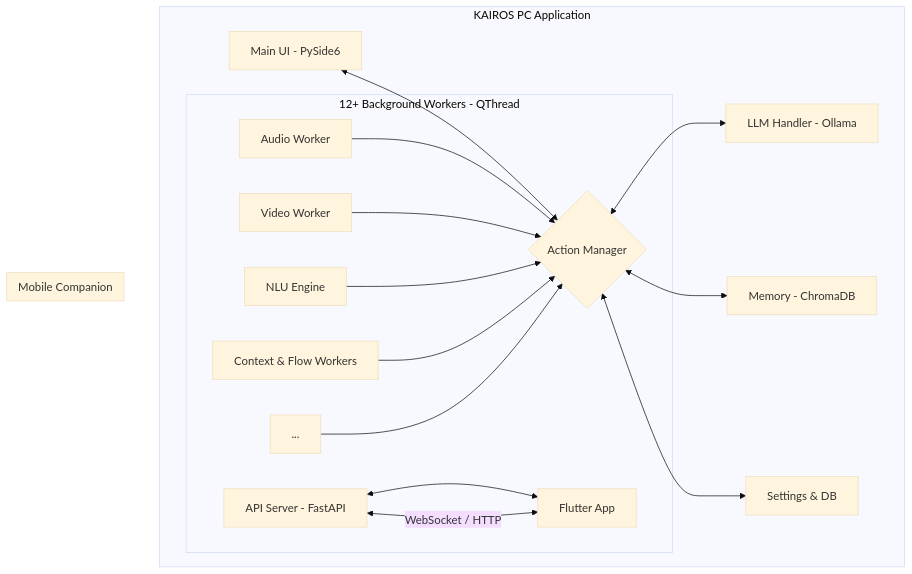
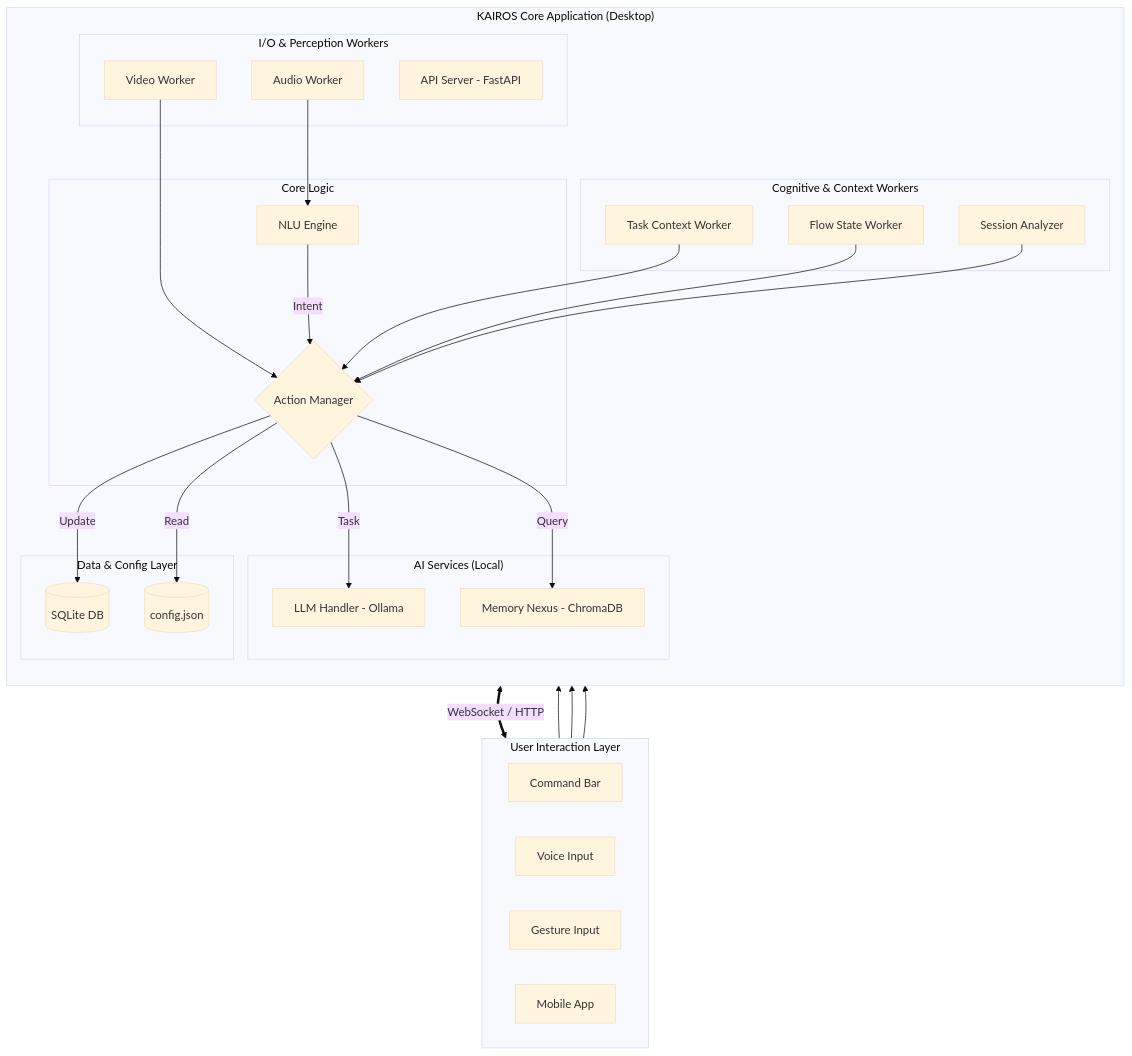
One commit to Pranav20Agrawal/kairos_project changed the diagram in README.md. Above: the diagram before and after it, drawn with Mermaid (base theme).

````diff
--- a/README.md
+++ b/README.md
@@ -53,25 +53,61 @@
 ```mermaid
 graph TD
-    subgraph KAIROS PC Application
-        A[Main UI - PySide6] <--> B{Action Manager};
+    subgraph "User Interaction Layer"
+        direction LR
+        UI_TEXT[Command Bar]
+        UI_VOICE[Voice Input]
+        UI_GESTURE[Gesture Input]
+        UI_MOBILE[Mobile App]
+    end
 
-        subgraph Workers [12+ Background Workers - QThread]
-            W1[Audio Worker] --> B;
-            W2[Video Worker] --> B;
-            W3[API Server - FastAPI] <--> M;
-            W4[NLU Engine] --> B;
-            W5[Context & Flow Workers] --> B;
-            W6[...] --> B;
+    subgraph "KAIROS Core Application (Desktop)"
+        direction TB
+        
+        subgraph "I/O & Perception Workers"
+            AUDIO[Audio Worker]
+            VIDEO[Video Worker]
+            API[API Server - FastAPI]
         end
 
-        B <--> C[LLM Handler - Ollama];
-        B <--> D[Memory - ChromaDB];
-        B <--> E[Settings & DB];
+        subgraph "Cognitive & Context Workers"
+            CONTEXT[Task Context Worker]
+            FLOW[Flow State Worker]
+            SESSION[Session Analyzer]
+        end
+
+        subgraph "Core Logic"
+            AM{Action Manager}
+            NLU[NLU Engine]
+        end
+
+        subgraph "AI Services (Local)"
+            LLM[LLM Handler - Ollama]
+            MEMORY[Memory Nexus - ChromaDB]
+        end
+        
+        subgraph "Data & Config Layer"
+            DB[(SQLite DB)]
+            CONFIG[(config.json)]
+        end
     end
 
-    subgraph Mobile Companion
-        M[Flutter App]
-    end
+    %% Connections
+    UI_VOICE --> AUDIO
+    UI_GESTURE --> VIDEO
+    UI_TEXT --> NLU
 
-    W3 <-- WebSocket / HTTP --> M;
+    AUDIO --> NLU
+    VIDEO --> AM
+    
+    NLU -- Intent --> AM
+    AM -- Task --> LLM
+    AM -- Query --> MEMORY
+    AM -- Update --> DB
+    AM -- Read --> CONFIG
+    
+    CONTEXT --> AM
+    FLOW --> AM
+    SESSION --> AM
+    
+    API <== WebSocket / HTTP ==> UI_MOBILE
 ```
````
